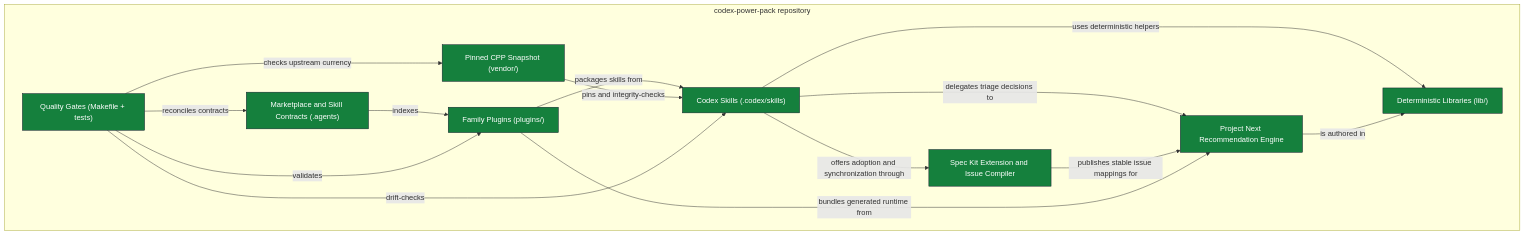
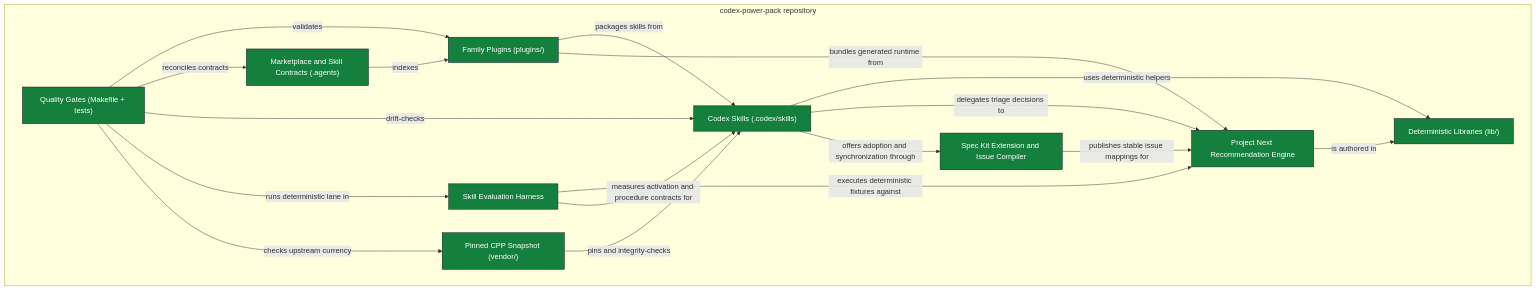
The diagram in docs/architecture/c4-l2-container.mmd (cooneycw/codex-power-pack), drawn with Mermaid before and after one commit. The commit also changed 45 other files, not shown here.

First line of the commit message:
feat(skills): measure activation and outcomes

```diff
--- a/docs/architecture/c4-l2-container.mmd
+++ b/docs/architecture/c4-l2-container.mmd
@@ -1,25 +1,29 @@
 flowchart TB
   subgraph repo["codex-power-pack repository"]
     marketplace_catalog["Marketplace and Skill Contracts (.agents)"]:::container
     family_plugins["Family Plugins (plugins/)"]:::container
     codex_skills["Codex Skills (.codex/skills)"]:::container
     vendor_snapshot["Pinned CPP Snapshot (vendor/)"]:::container
     runtime_libraries["Deterministic Libraries (lib/)"]:::container
     project_next_engine["Project Next Recommendation Engine"]:::container
     spec_workflow["Spec Kit Extension and Issue Compiler"]:::container
+    skill_evaluation["Skill Evaluation Harness"]:::container
     quality_gates["Quality Gates (Makefile + tests)"]:::container
   end
   marketplace_catalog -->|"indexes"| family_plugins
   family_plugins -->|"packages skills from"| codex_skills
   vendor_snapshot -->|"pins and integrity-checks"| codex_skills
   codex_skills -->|"uses deterministic helpers"| runtime_libraries
   codex_skills -->|"delegates triage decisions to"| project_next_engine
   codex_skills -->|"offers adoption and synchronization through"| spec_workflow
   spec_workflow -->|"publishes stable issue mappings for"| project_next_engine
+  skill_evaluation -->|"executes deterministic fixtures against"| project_next_engine
+  skill_evaluation -->|"measures activation and procedure contracts for"| codex_skills
   project_next_engine -->|"is authored in"| runtime_libraries
   family_plugins -->|"bundles generated runtime from"| project_next_engine
   quality_gates -->|"validates"| family_plugins
   quality_gates -->|"reconciles contracts"| marketplace_catalog
   quality_gates -->|"drift-checks"| codex_skills
+  quality_gates -->|"runs deterministic lane in"| skill_evaluation
   quality_gates -->|"checks upstream currency"| vendor_snapshot
   classDef container fill:#15803d,color:#ffffff,stroke:#0f172a
```
